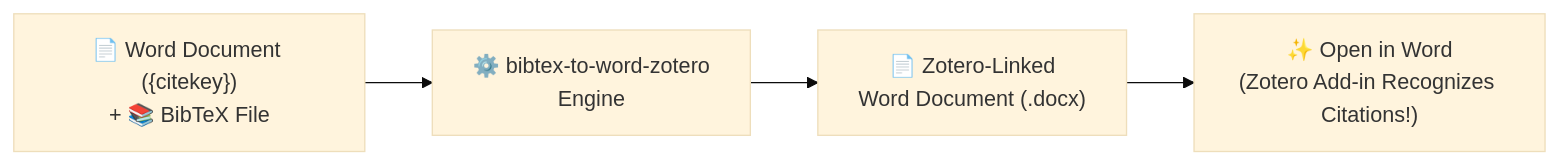
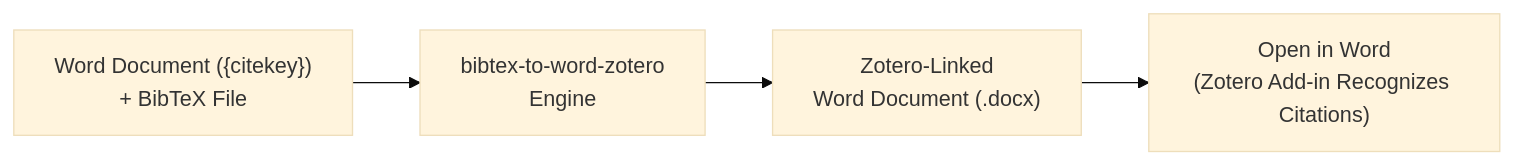
Before and after one commit to jgera/bibtex-to-word-zotero: the first of 2 diagrams in README.md, drawn with Mermaid (base theme). The commit also changed other lines of this file, not shown here.

````diff
--- a/README.md
+++ b/README.md
@@ -14,6 +14,6 @@
 ```mermaid
 flowchart LR
-    INPUT["📄 Word Document ({citekey})<br/>+ 📚 BibTeX File"] --> ENGINE["⚙️ bibtex-to-word-zotero<br/>Engine"]
-    ENGINE --> OUTPUT["📄 Zotero-Linked<br/>Word Document (.docx)"]
-    OUTPUT --> WORD["✨ Open in Word<br/>(Zotero Add-in Recognizes Citations!)"]
+    INPUT["Word Document ({citekey})<br/>+ BibTeX File"] --> ENGINE["bibtex-to-word-zotero<br/>Engine"]
+    ENGINE --> OUTPUT["Zotero-Linked<br/>Word Document (.docx)"]
+    OUTPUT --> WORD["Open in Word<br/>(Zotero Add-in Recognizes Citations)"]
 ```
````
